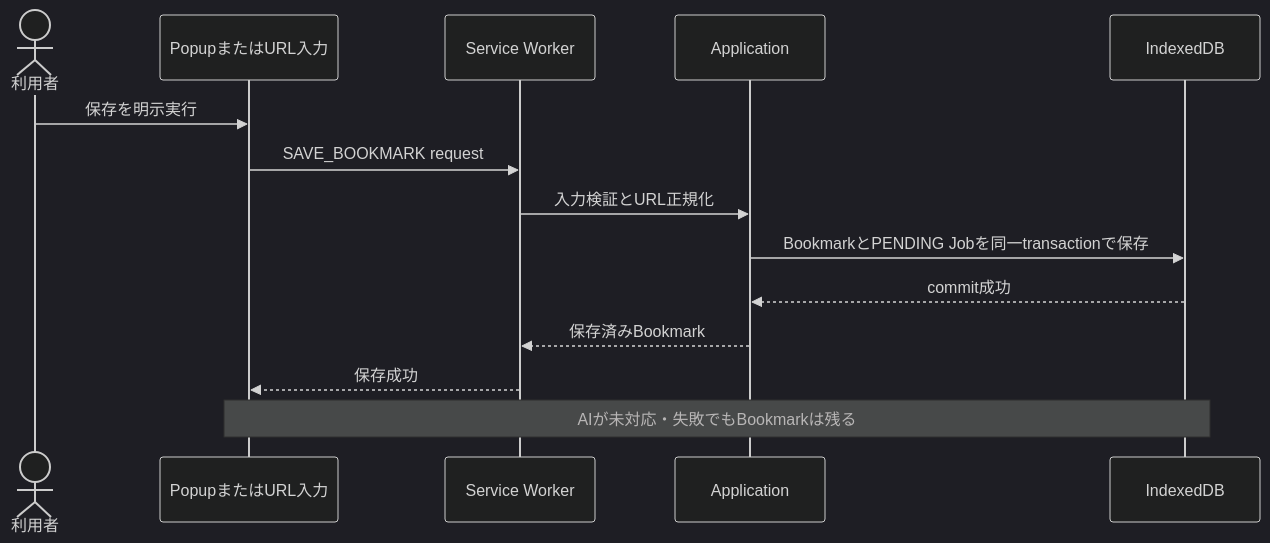
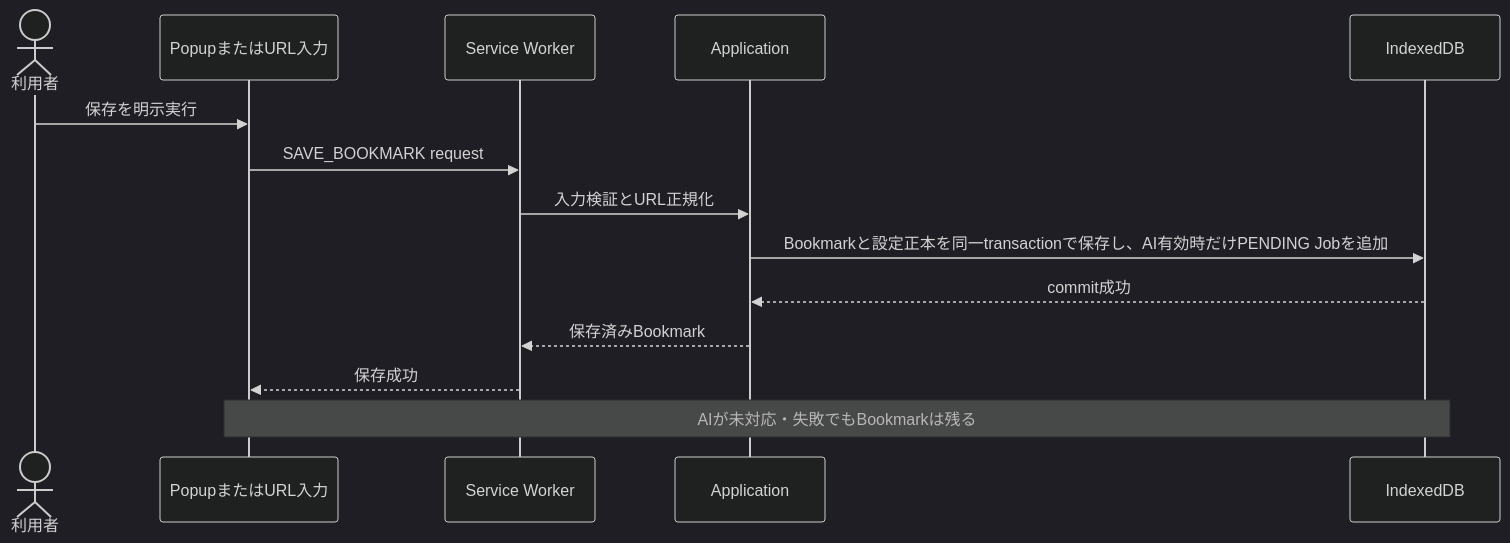
The second of 2 diagrams in BACKEND_TASKS.md (anti-fact/Bookmation), drawn with Mermaid (dark theme) before and after one commit. The commit also changed other lines of this file and 24 other files, not shown here.

````diff
--- a/BACKEND_TASKS.md
+++ b/BACKEND_TASKS.md
@@ -111,17 +111,17 @@
 ```mermaid
 sequenceDiagram
     actor User as 利用者
     participant UI as PopupまたはURL入力
     participant SW as Service Worker
     participant App as Application
     participant DB as IndexedDB
 
     User->>UI: 保存を明示実行
     UI->>SW: SAVE_BOOKMARK request
     SW->>App: 入力検証とURL正規化
-    App->>DB: BookmarkとPENDING Jobを同一transactionで保存
+    App->>DB: Bookmarkと設定正本を同一transactionで保存し、AI有効時だけPENDING Jobを追加
     DB-->>App: commit成功
     App-->>SW: 保存済みBookmark
     SW-->>UI: 保存成功
     Note over UI,DB: AIが未対応・失敗でもBookmarkは残る
 ```
````
